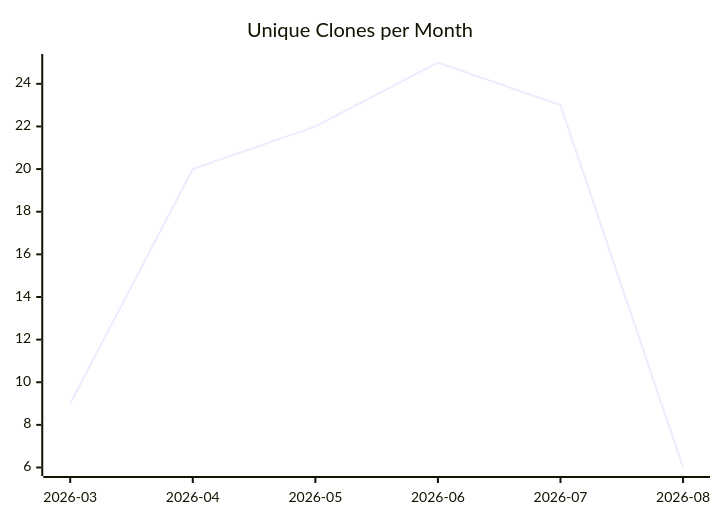
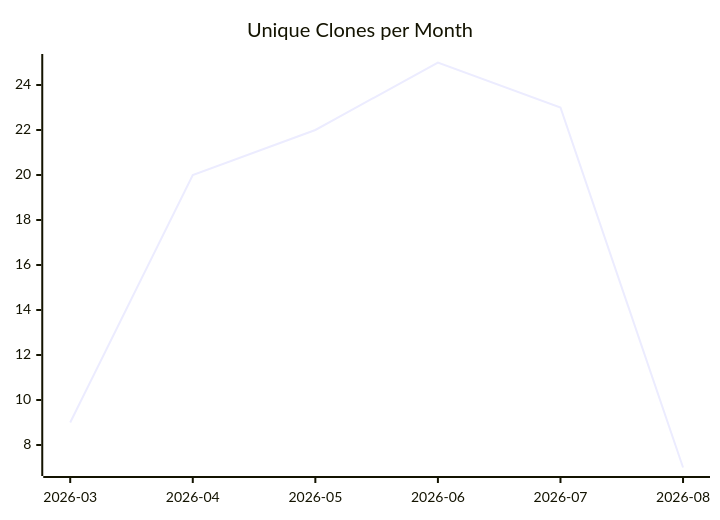
One commit to justdavis-family/github-analytics-data changed the third of 3 diagrams in karlmdavis/kxml2/README.md. Above: the diagram before and after it, drawn with Mermaid. The commit also changed other lines of this file and 160 other files, not shown here.

````diff
--- a/karlmdavis/kxml2/README.md
+++ b/karlmdavis/kxml2/README.md
@@ -19,6 +19,6 @@
 ```mermaid
 xychart-beta
   title "Unique Clones per Month"
   x-axis ["2026-03", "2026-04", "2026-05", "2026-06", "2026-07", "2026-08"]
-  line [9, 20, 22, 25, 23, 6]
+  line [9, 20, 22, 25, 23, 7]
 ```
````
